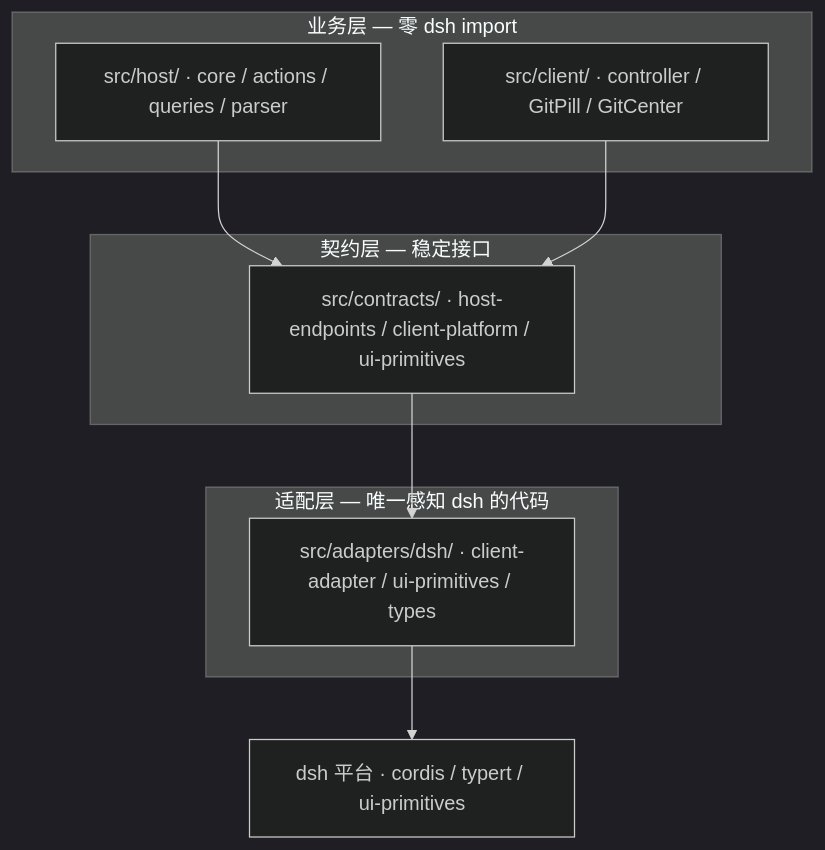
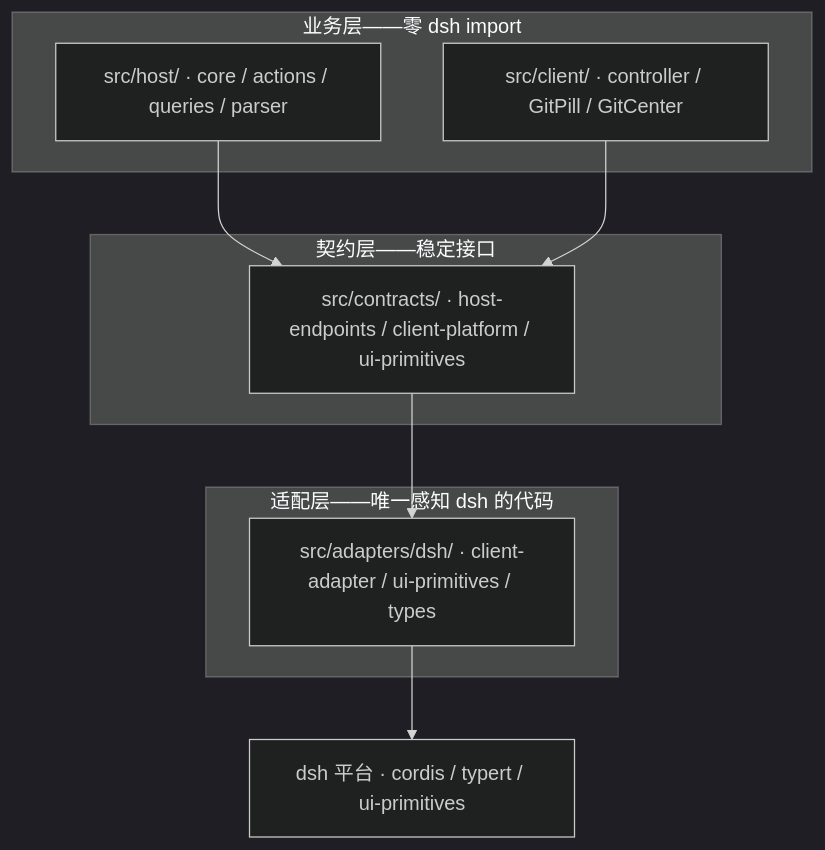
One commit to Julyves/dsh-git-ui changed the diagram in README.zh.md. Above: the diagram before and after it, drawn with Mermaid (dark theme). The commit also changed other lines of this file and 18 other files, not shown here.

First line of the commit message:
docs: README 全面重写——结构化精简 + 新演示图

````diff
--- a/README.zh.md
+++ b/README.zh.md
@@ -185,17 +160,17 @@
 ```mermaid
 flowchart TB
-    subgraph Biz["业务层 — 零 dsh import"]
+    subgraph Biz["业务层——零 dsh import"]
         HostBiz["src/host/ · core / actions / queries / parser"]
         ClientBiz["src/client/ · controller / GitPill / GitCenter"]
     end
-    subgraph Contracts["契约层 — 稳定接口"]
+    subgraph Contracts["契约层——稳定接口"]
         C["src/contracts/ · host-endpoints / client-platform / ui-primitives"]
     end
-    subgraph Adapters["适配层 — 唯一感知 dsh 的代码"]
+    subgraph Adapters["适配层——唯一感知 dsh 的代码"]
         A["src/adapters/dsh/ · client-adapter / ui-primitives / types"]
     end
     HostBiz --> C
     ClientBiz --> C
     C --> A
     A --> DSH["dsh 平台 · cordis / typert / ui-primitives"]
 ```
````
